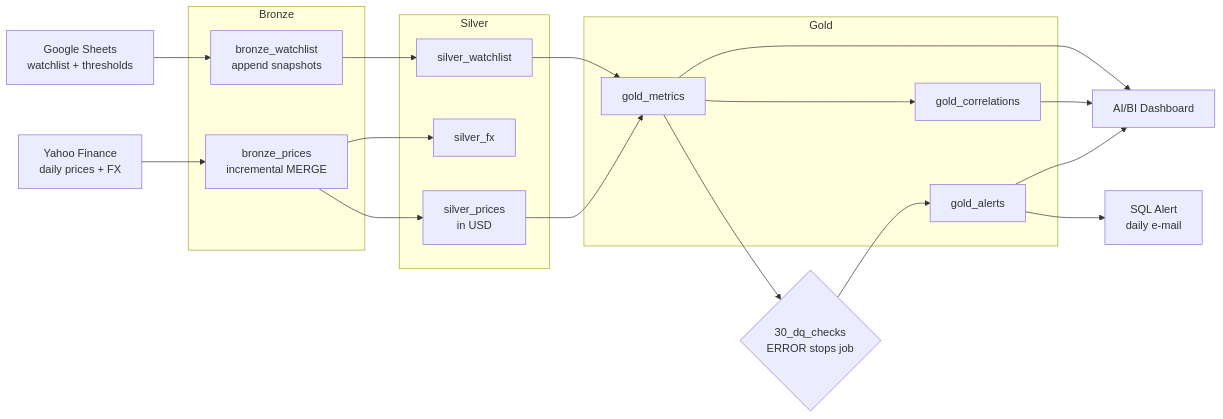
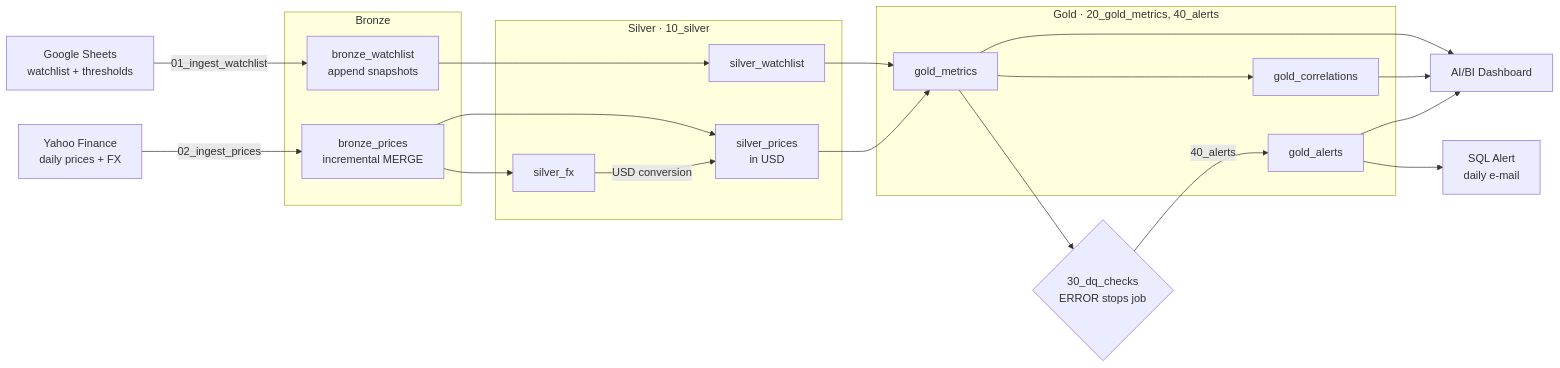
One commit to TomPetrikCode/market-watch changed the diagram in README.md. Above: the diagram before and after it, drawn with Mermaid.

Commit message:
docs: fix architecture diagram (silver_fx flow, notebook names)

````diff
--- a/README.md
+++ b/README.md
@@ -24,30 +24,36 @@
 ```mermaid
 flowchart LR
-    GS[Google Sheets<br/>watchlist + thresholds] --> B1
-    YF[Yahoo Finance<br/>daily prices + FX] --> B2
+    GS[Google Sheets<br/>watchlist + thresholds] -->|01_ingest_watchlist| B1
+    YF[Yahoo Finance<br/>daily prices + FX] -->|02_ingest_prices| B2
 
     subgraph Bronze
         B1[bronze_watchlist<br/>append snapshots]
         B2[bronze_prices<br/>incremental MERGE]
     end
 
-    subgraph Silver
+    subgraph Silver["Silver · 10_silver"]
         S1[silver_watchlist]
         S2[silver_fx]
         S3[silver_prices<br/>in USD]
     end
 
-    subgraph Gold
+    subgraph Gold["Gold · 20_gold_metrics, 40_alerts"]
         G1[gold_metrics]
         G2[gold_correlations]
         G3[gold_alerts]
     end
 
     B1 --> S1
-    B2 --> S2 & S3
-    S1 & S3 --> G1 --> G2
+    B2 --> S2
+    B2 --> S3
+    S2 -->|USD conversion| S3
+    S1 --> G1
+    S3 --> G1
+    G1 --> G2
     G1 --> DQ{30_dq_checks<br/>ERROR stops job}
-    DQ --> G3
+    DQ -->|40_alerts| G3
     G3 --> AL[SQL Alert<br/>daily e-mail]
-    G1 & G2 & G3 --> DB[AI/BI Dashboard]
+    G1 --> DB[AI/BI Dashboard]
+    G2 --> DB
+    G3 --> DB
 ```
````
